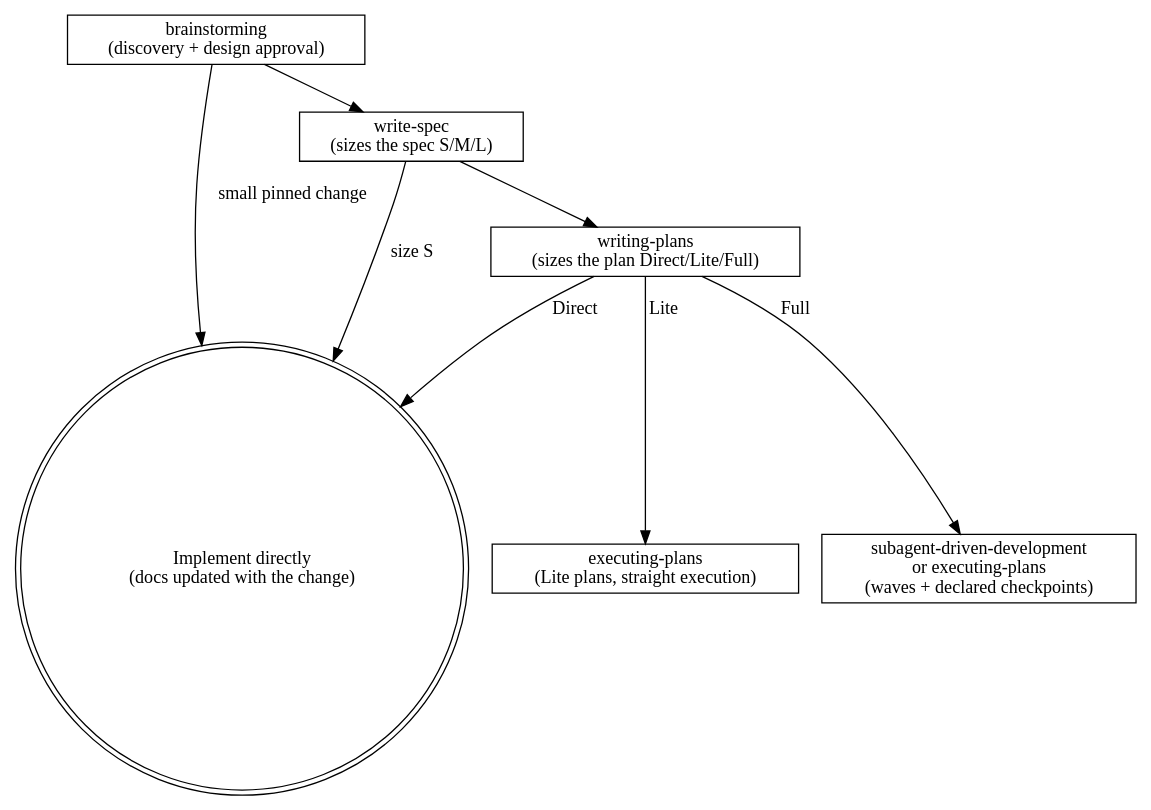
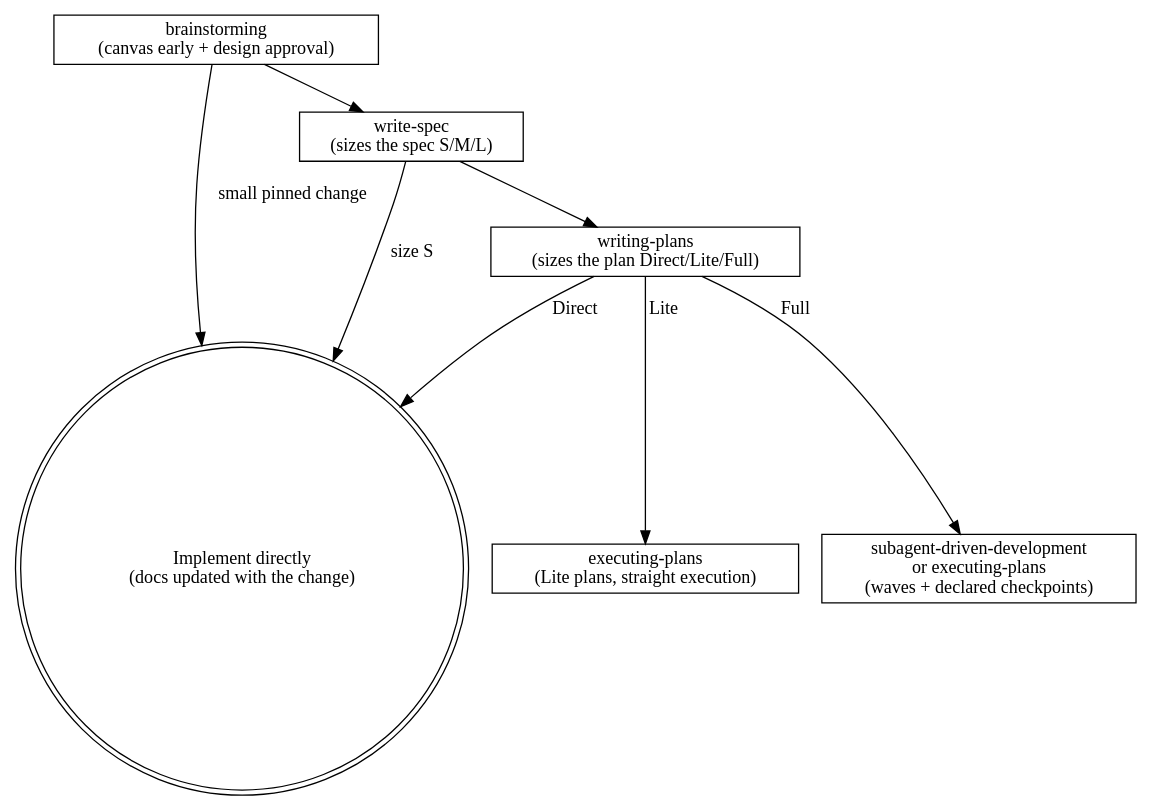
One commit to D3nnis72/Playbook changed the second of 2 diagrams in skills/using-playbook/SKILL.md. Above: the diagram before and after it, drawn with Graphviz. The commit also changed 12 other files, not shown here.

````diff
--- a/skills/using-playbook/SKILL.md
+++ b/skills/using-playbook/SKILL.md
@@ -130,15 +130,15 @@
 ```dot
 digraph process_chain {
     rankdir=TB;
     node [shape=box];
     "Implement directly\n(docs updated with the change)" [shape=doublecircle];
 
-    "brainstorming\n(discovery + design approval)" -> "write-spec\n(sizes the spec S/M/L)";
-    "brainstorming\n(discovery + design approval)" -> "Implement directly\n(docs updated with the change)" [label="small pinned change"];
+    "brainstorming\n(canvas early + design approval)" -> "write-spec\n(sizes the spec S/M/L)";
+    "brainstorming\n(canvas early + design approval)" -> "Implement directly\n(docs updated with the change)" [label="small pinned change"];
     "write-spec\n(sizes the spec S/M/L)" -> "writing-plans\n(sizes the plan Direct/Lite/Full)";
     "write-spec\n(sizes the spec S/M/L)" -> "Implement directly\n(docs updated with the change)" [label="size S"];
     "writing-plans\n(sizes the plan Direct/Lite/Full)" -> "Implement directly\n(docs updated with the change)" [label="Direct"];
     "writing-plans\n(sizes the plan Direct/Lite/Full)" -> "executing-plans\n(Lite plans, straight execution)" [label="Lite"];
     "writing-plans\n(sizes the plan Direct/Lite/Full)" -> "subagent-driven-development\nor executing-plans\n(waves + declared checkpoints)" [label="Full"];
 }
 ```
````
